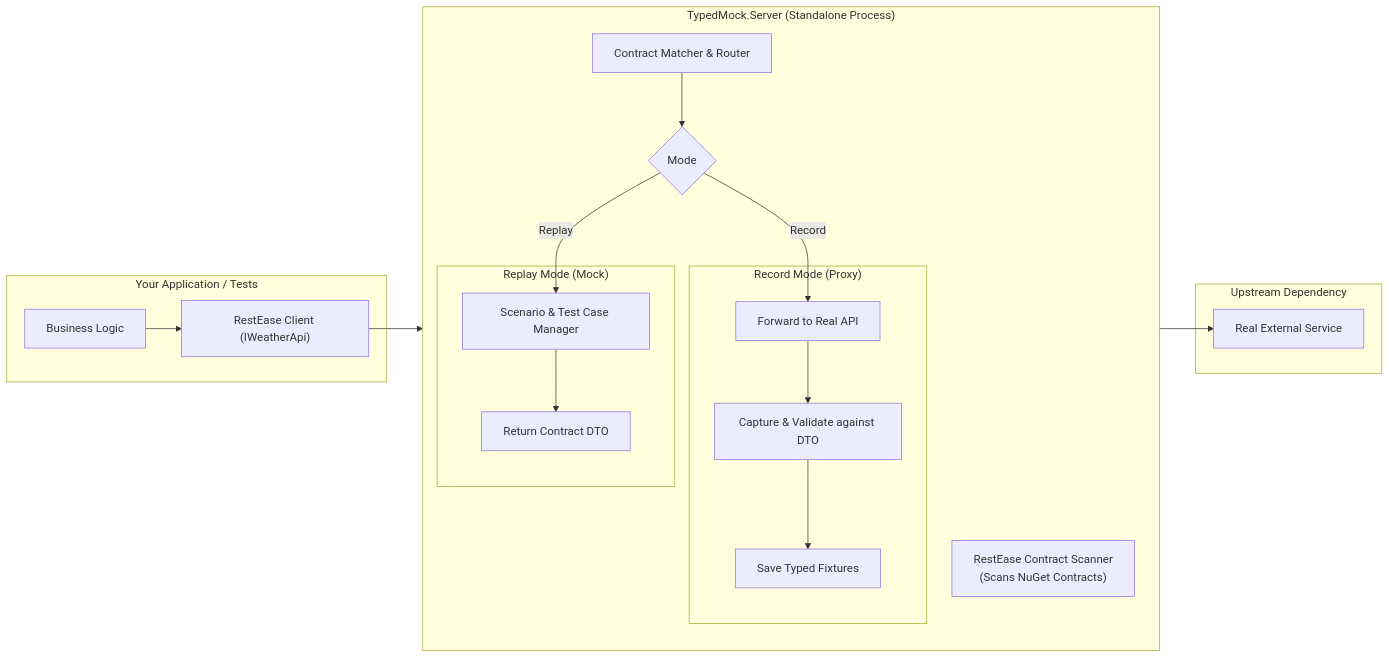
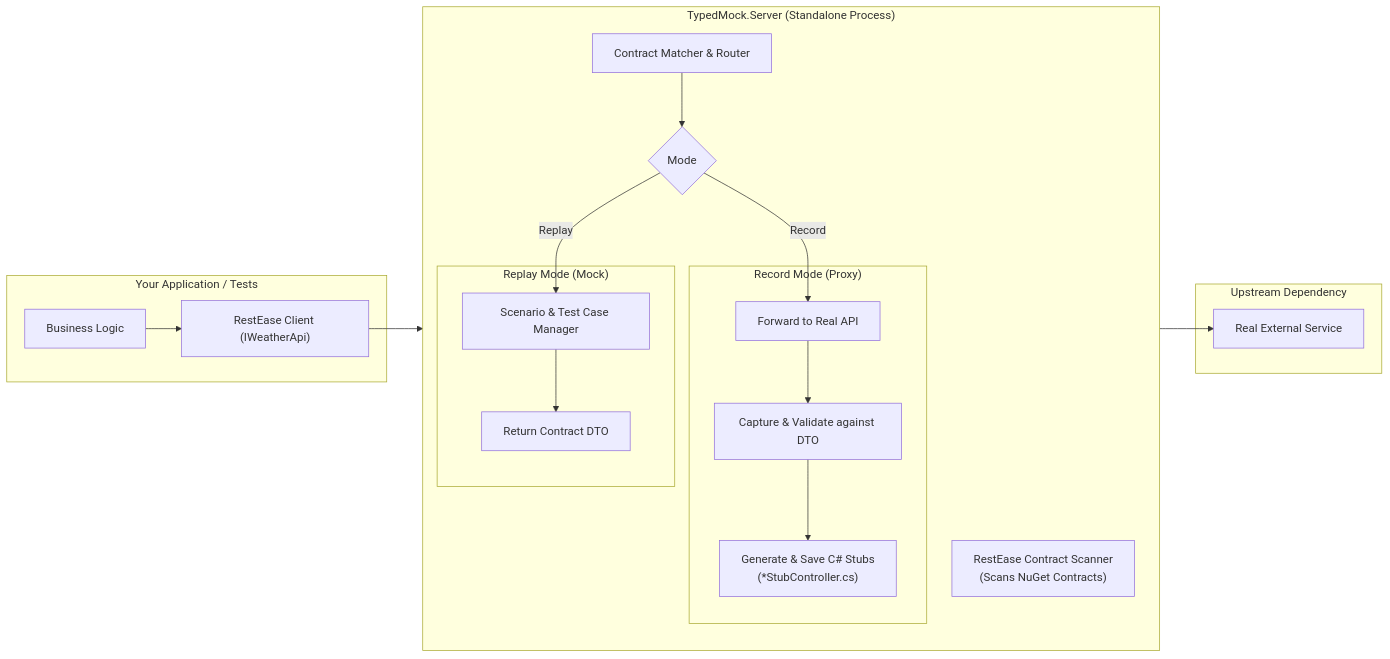
The diagram in README.md (the4ups/mocking-proxy), drawn with Mermaid before and after one commit. The commit also changed other lines of this file and 14 other files, not shown here.

````diff
--- a/README.md
+++ b/README.md
@@ -30,35 +30,35 @@
 ```mermaid
 flowchart LR
     subgraph Client["Your Application / Tests"]
         App["Business Logic"] --> RestEaseClient["RestEase Client (IWeatherApi)"]
     end
 
     subgraph MockProcess["TypedMock.Server (Standalone Process)"]
         direction TB
         Scanner["RestEase Contract Scanner\n(Scans NuGet Contracts)"]
         Router["Contract Matcher & Router"]
         ModeSwitch{"Mode"}
 
         subgraph RecordFlow["Record Mode (Proxy)"]
             Proxy["Forward to Real API"]
             Rec["Capture & Validate against DTO"]
-            Store["Save Typed Fixtures"]
+            Store["Generate & Save C# Stubs\n(*StubController.cs)"]
         end
 
         subgraph ReplayFlow["Replay Mode (Mock)"]
             ScenarioMgr["Scenario & Test Case Manager"]
             Resp["Return Contract DTO"]
         end
 
         Router --> ModeSwitch
         ModeSwitch -->|Record| Proxy --> Rec --> Store
         ModeSwitch -->|Replay| ScenarioMgr --> Resp
     end
 
     subgraph RealWorld["Upstream Dependency"]
         RealAPI["Real External Service"]
     end
 
     RestEaseClient --> Router
     Proxy --> RealAPI
 ```
````
